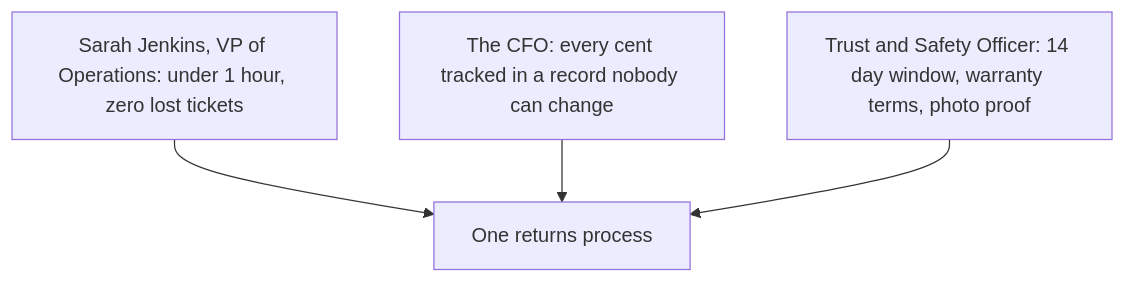
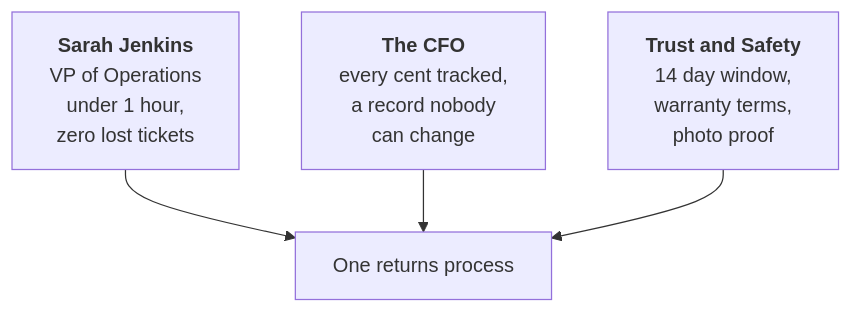
The first of 2 diagrams in content/units/phase-0/0.1/learn.md (samuel-ochaba-dev/keelacademy), drawn with Mermaid before and after one commit. The commit also changed other lines of this file and 4 other files, not shown here.

Commit message:
M1.3-1.5 diagrams: legibility limits in check-mermaid, 0.1 figures rewritten, authoring rule

````diff
--- a/content/units/phase-0/0.1/learn.md
+++ b/content/units/phase-0/0.1/learn.md
@@ -71,10 +71,10 @@
 ```mermaid Figure 1: The three leaders pull in three directions
 flowchart TD
-    A["Sarah Jenkins, VP of Operations: under 1 hour, zero lost tickets"]
-    B["The CFO: every cent tracked in a record nobody can change"]
-    C["Trust and Safety Officer: 14 day window, warranty terms, photo proof"]
+    A["<b>Sarah Jenkins</b><br/>VP of Operations<br/>under 1 hour,<br/>zero lost tickets"]
+    B["<b>The CFO</b><br/>every cent tracked,<br/>a record nobody<br/>can change"]
+    C["<b>Trust and Safety</b><br/>14 day window,<br/>warranty terms,<br/>photo proof"]
     P["One returns process"]
     A --> P
     B --> P
     C --> P
 ```
````
